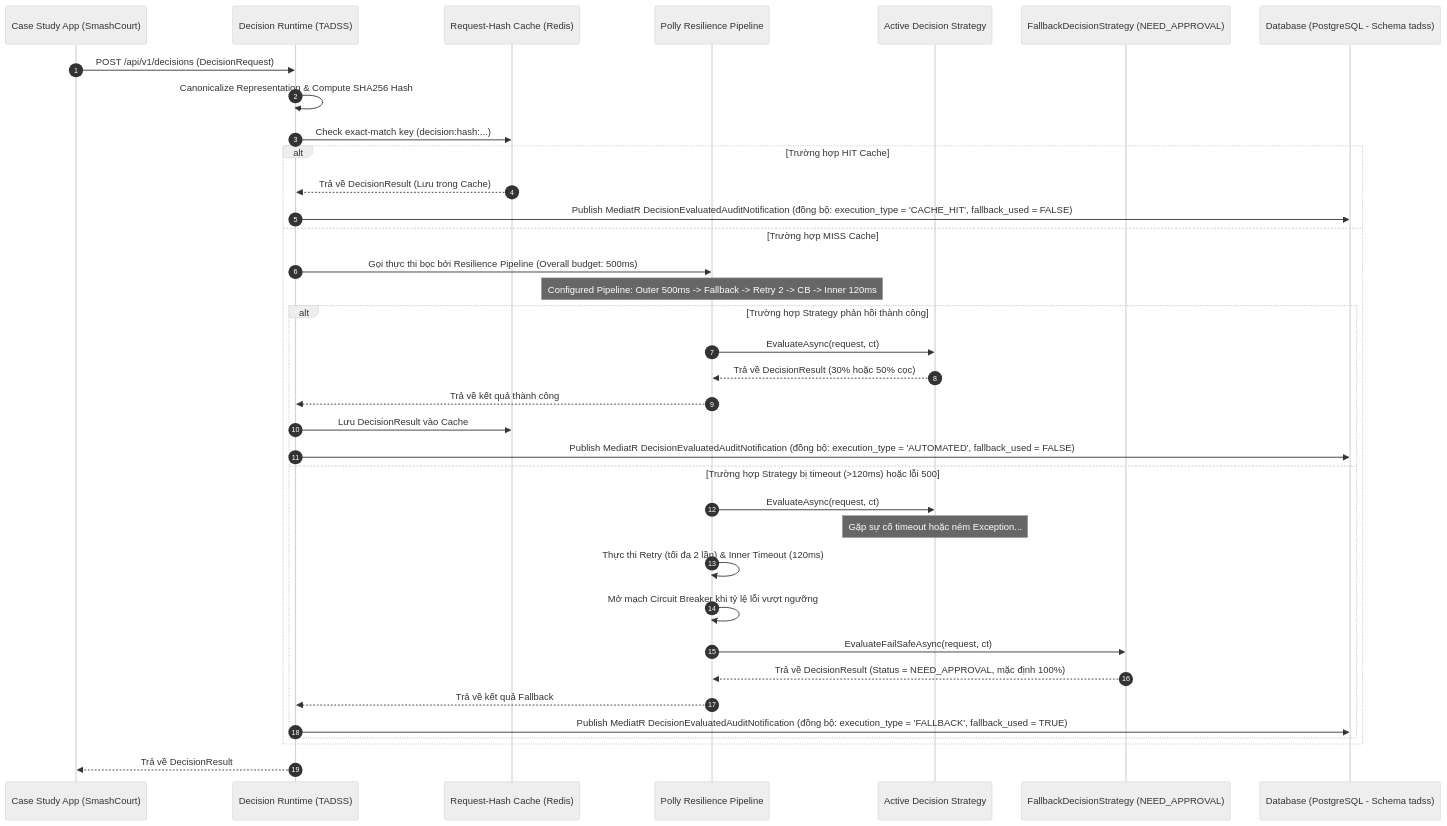
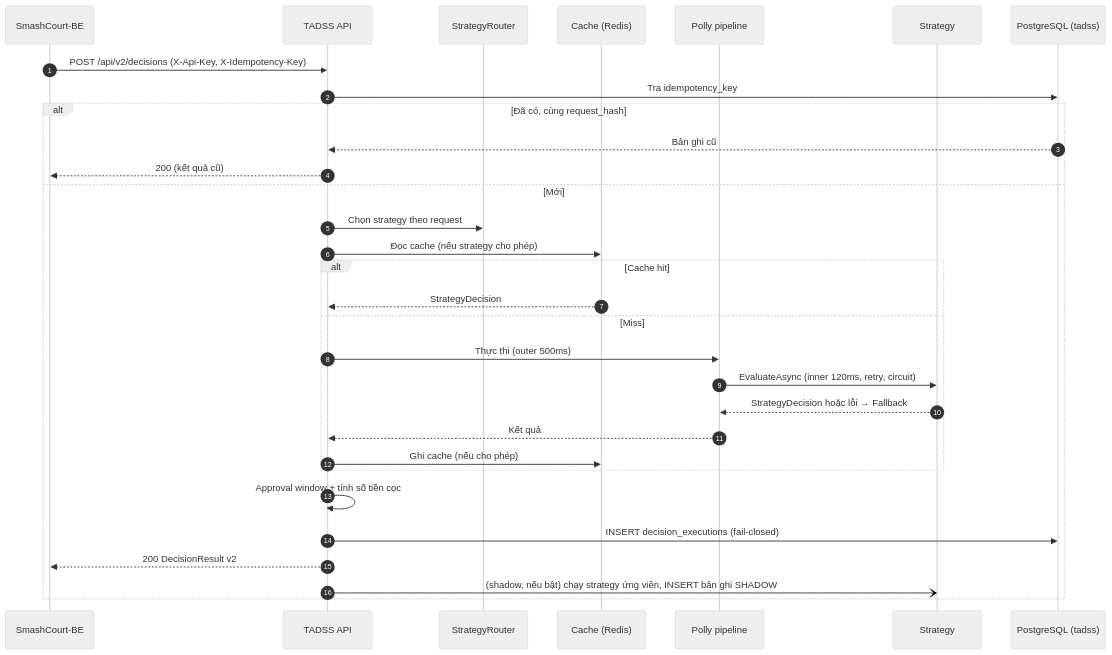
One commit to NguyenThanhTrung-N2T/TrustworthyAdaptiveDecisionSupportSystem-TADSS changed the second of 2 diagrams in docs/architecture/SOFTWARE_ARCHITECTURE_SPECIFICATION.md. Above: the diagram before and after it, drawn with Mermaid (neutral theme). The commit also changed other lines of this file and 24 other files, not shown here.

````diff
--- a/docs/architecture/SOFTWARE_ARCHITECTURE_SPECIFICATION.md
+++ b/docs/architecture/SOFTWARE_ARCHITECTURE_SPECIFICATION.md
@@ -229,42 +167,34 @@
 ```mermaid
 sequenceDiagram
     autonumber
-    participant App as Case Study App (SmashCourt)
-    participant TADSS as Decision Runtime (TADSS)
-    participant Cache as Request-Hash Cache (Redis)
-    participant PollyPipeline as Polly Resilience Pipeline
-    participant Strategy as Active Decision Strategy
-    participant FallbackStr as FallbackDecisionStrategy (NEED_APPROVAL)
-    participant DB as Database (PostgreSQL - Schema tadss)
+    participant BE as SmashCourt-BE
+    participant API as TADSS API
+    participant R as StrategyRouter
+    participant C as Cache (Redis)
+    participant P as Polly pipeline
+    participant S as Strategy
+    participant DB as PostgreSQL (tadss)
 
-    App->>TADSS: POST /api/v1/decisions (DecisionRequest)
-    TADSS->>TADSS: Canonicalize Representation & Compute SHA256 Hash
-    TADSS->>Cache: Check exact-match key (decision:hash:...)
-    
-    alt Trường hợp HIT Cache
-        Cache-->>TADSS: Trả về DecisionResult (Lưu trong Cache)
-        TADSS->>DB: Publish MediatR DecisionEvaluatedAuditNotification (đồng bộ: execution_type = 'CACHE_HIT', fallback_used = FALSE)
-    else Trường hợp MISS Cache
-        TADSS->>PollyPipeline: Gọi thực thi bọc bởi Resilience Pipeline (Overall budget: 500ms)
-        Note over PollyPipeline: Configured Pipeline: Outer 500ms -> Fallback -> Retry 2 -> CB -> Inner 120ms
-        
-        alt Trường hợp Strategy phản hồi thành công
-            PollyPipeline->>Strategy: EvaluateAsync(request, ct)
-            Strategy-->>PollyPipeline: Trả về DecisionResult (30% hoặc 50% cọc)
-            PollyPipeline-->>TADSS: Trả về kết quả thành công
-            TADSS->>Cache: Lưu DecisionResult vào Cache
-            TADSS->>DB: Publish MediatR DecisionEvaluatedAuditNotification (đồng bộ: execution_type = 'AUTOMATED', fallback_used = FALSE)
-        else Trường hợp Strategy bị timeout (>120ms) hoặc lỗi 500
-            PollyPipeline->>Strategy: EvaluateAsync(request, ct)
-            Note over Strategy: Gặp sự cố timeout hoặc ném Exception...
-            PollyPipeline->>PollyPipeline: Thực thi Retry (tối đa 2 lần) & Inner Timeout (120ms)
-            PollyPipeline->>PollyPipeline: Mở mạch Circuit Breaker khi tỷ lệ lỗi vượt ngưỡng
-            PollyPipeline->>FallbackStr: EvaluateFailSafeAsync(request, ct)
-            FallbackStr-->>PollyPipeline: Trả về DecisionResult (Status = NEED_APPROVAL, mặc định 100%)
-            PollyPipeline-->>TADSS: Trả về kết quả Fallback
-            TADSS->>DB: Publish MediatR DecisionEvaluatedAuditNotification (đồng bộ: execution_type = 'FALLBACK', fallback_used = TRUE)
+    BE->>API: POST /api/v2/decisions (X-Api-Key, X-Idempotency-Key)
+    API->>DB: Tra idempotency_key
+    alt Đã có, cùng request_hash
+        DB-->>API: Bản ghi cũ
+        API-->>BE: 200 (kết quả cũ)
+    else Mới
+        API->>R: Chọn strategy theo request
+        API->>C: Đọc cache (nếu strategy cho phép)
+        alt Cache hit
+            C-->>API: StrategyDecision
+        else Miss
+            API->>P: Thực thi (outer 500ms)
+            P->>S: EvaluateAsync (inner 120ms, retry, circuit)
+            S-->>P: StrategyDecision hoặc lỗi → Fallback
+            P-->>API: Kết quả
+            API->>C: Ghi cache (nếu cho phép)
         end
+        API->>API: Approval window + tính số tiền cọc
+        API->>DB: INSERT decision_executions (fail-closed)
+        API-->>BE: 200 DecisionResult v2
+        API-)S: (shadow, nếu bật) chạy strategy ứng viên, INSERT bản ghi SHADOW
     end
-    
-    TADSS-->>App: Trả về DecisionResult
 ```
````
